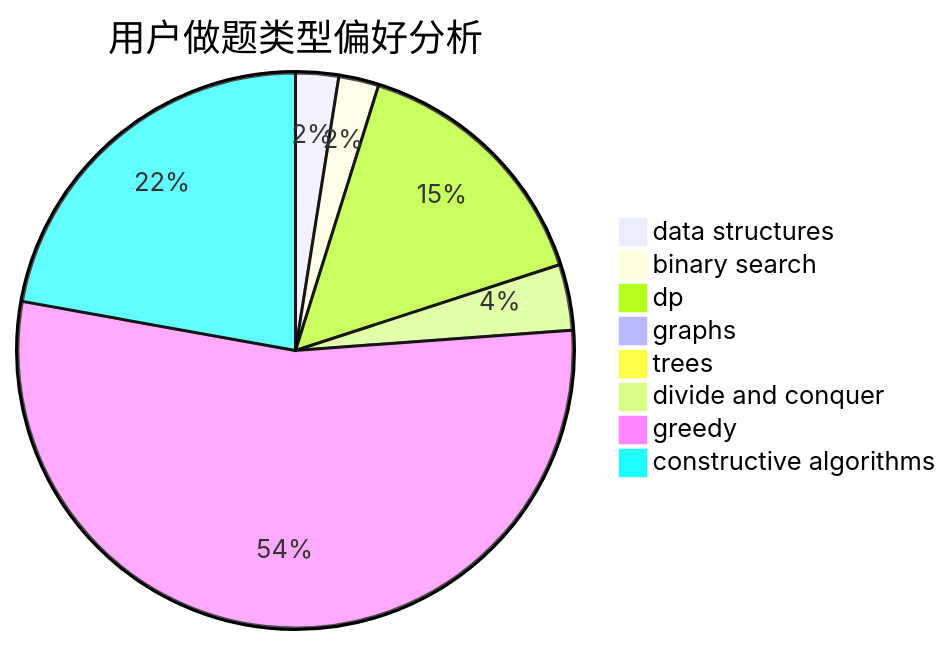
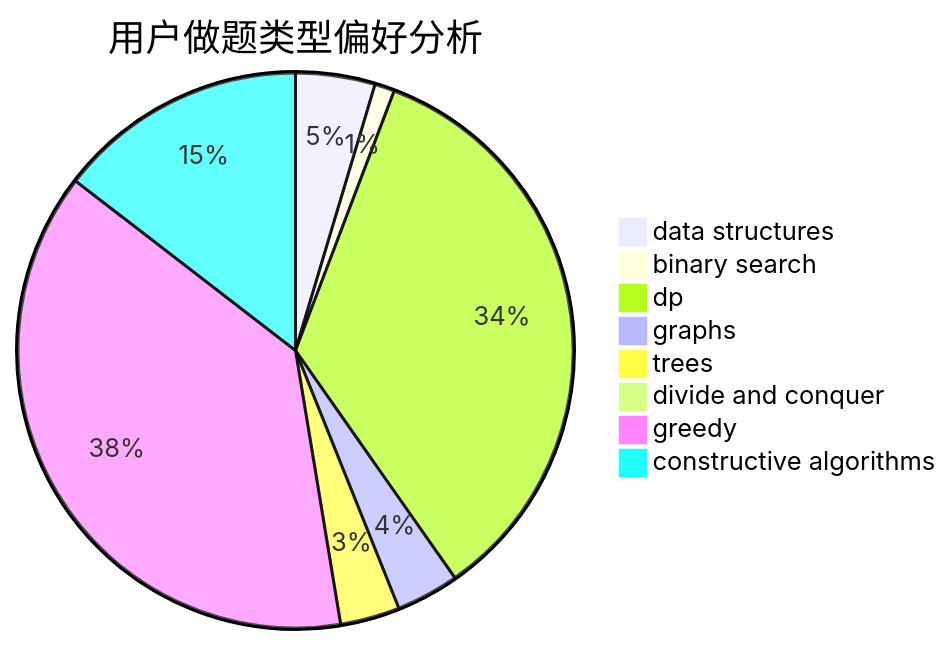
The second of 3 diagrams in docs/user/u1440.md (sherpahu/cfrs.github.io), drawn with Mermaid before and after one commit. The commit also changed other lines of this file and 2770 other files, not shown here.

````diff
--- a/docs/user/u1440.md
+++ b/docs/user/u1440.md
@@ -23,11 +23,11 @@
 ```mermaid
 pie title 用户做题类型偏好分析
-    "data structures" :  15
-    "binary search" :  14
-    "dp" :  91
-    "graphs" :  1
-    "trees" :  0
-    "divide and conquer" :  23
-    "greedy" :  324
-    "constructive algorithms" :  133
+    "data structures" :  48
+    "binary search" :  12
+    "dp" :  358
+    "graphs" :  38
+    "trees" :  36
+    "divide and conquer" :  0
+    "greedy" :  395
+    "constructive algorithms" :  151
 ```
````
